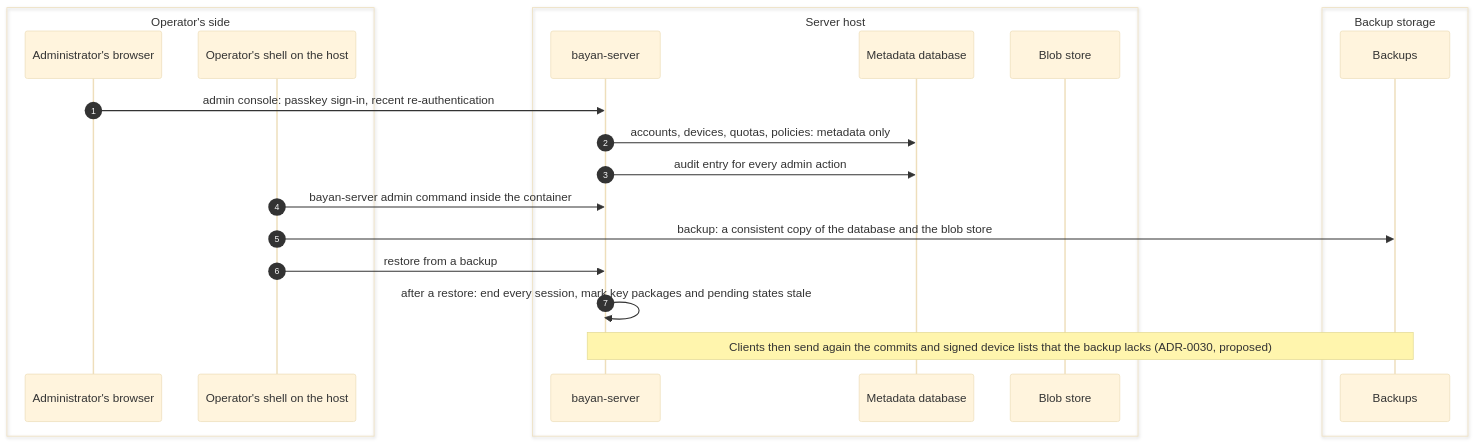
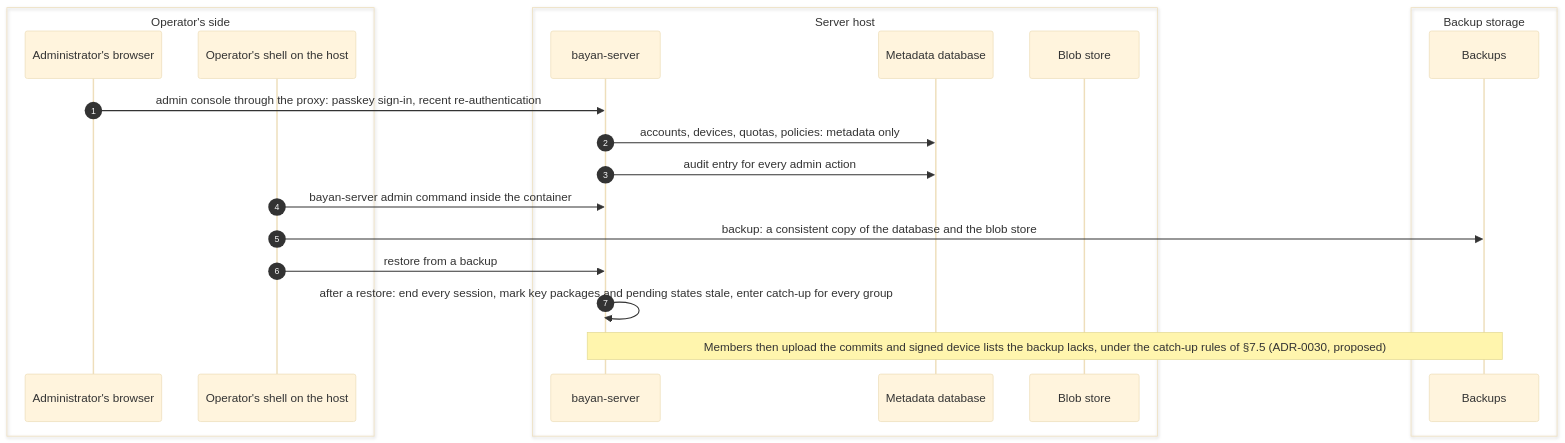
One commit to BayanDocs/docs changed diagram 20 of 21 in specs/threat-model.md. Above: the diagram before and after it, drawn with Mermaid (base theme). The commit also changed other lines of this file and 1 other file, not shown here.

First line of the commit message:
docs(specs): revise threat model v1 and Phase-1 server drafts after review (SRV-003)

````diff
--- a/specs/threat-model.md
+++ b/specs/threat-model.md
@@ -1029,24 +1117,24 @@
 ```mermaid
 sequenceDiagram
   autonumber
   box Operator's side
     participant AD as Administrator's browser
     participant OP as Operator's shell on the host
   end
   box Server host
     participant S as bayan-server
     participant DB as Metadata database
     participant BL as Blob store
   end
   box Backup storage
     participant BK as Backups
   end
-  AD->>S: admin console: passkey sign-in, recent re-authentication
+  AD->>S: admin console through the proxy: passkey sign-in, recent re-authentication
   S->>DB: accounts, devices, quotas, policies: metadata only
   S->>DB: audit entry for every admin action
   OP->>S: bayan-server admin command inside the container
   OP->>BK: backup: a consistent copy of the database and the blob store
   OP->>S: restore from a backup
-  S->>S: after a restore: end every session, mark key packages and pending states stale
-  Note over S,BK: Clients then send again the commits and signed device lists that the backup lacks (ADR-0030, proposed)
+  S->>S: after a restore: end every session, mark key packages and pending states stale, enter catch-up for every group
+  Note over S,BK: Members then upload the commits and signed device lists the backup lacks, under the catch-up rules of §7.5 (ADR-0030, proposed)
 ```
````
